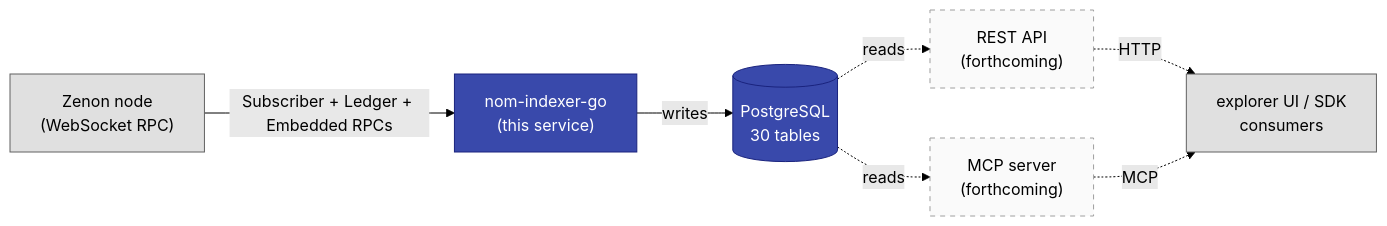
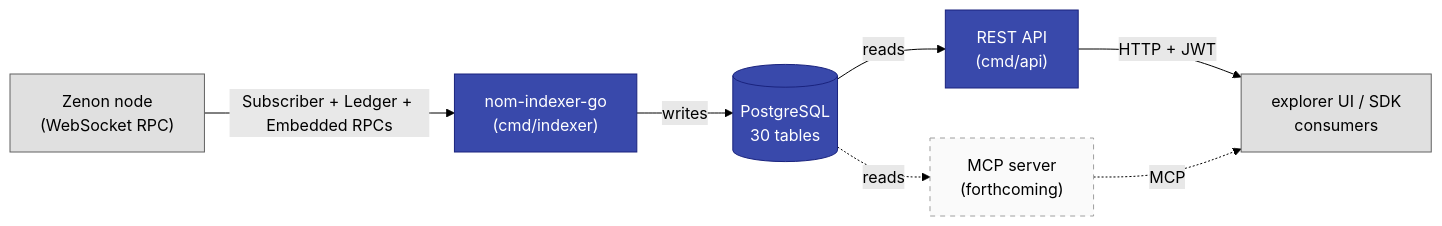
One commit to 0x3639/nom-indexer-go changed the first of 3 diagrams in docs/architecture/overview.md. Above: the diagram before and after it, drawn with Mermaid (forest theme). The commit also changed other lines of this file and 14 other files, not shown here.

````diff
--- a/docs/architecture/overview.md
+++ b/docs/architecture/overview.md
@@ -12,20 +13,20 @@
 ```mermaid
 flowchart LR
     node["Zenon node<br/>(WebSocket RPC)"]:::external
-    idx["nom-indexer-go<br/>(this service)"]:::core
+    idx["nom-indexer-go<br/>(cmd/indexer)"]:::core
     pg[(PostgreSQL<br/>30 tables)]:::core
-    api["REST API<br/>(forthcoming)"]:::future
+    api["REST API<br/>(cmd/api)"]:::core
     mcp["MCP server<br/>(forthcoming)"]:::future
     web["explorer UI / SDK<br/>consumers"]:::external
 
     node -- "Subscriber + Ledger + Embedded RPCs" --> idx
     idx -- "writes" --> pg
-    pg -. "reads" .-> api
+    pg -- "reads" --> api
     pg -. "reads" .-> mcp
-    api -. "HTTP" .-> web
+    api -- "HTTP + JWT" --> web
     mcp -. "MCP" .-> web
 
     classDef core fill:#3949ab,stroke:#1a237e,color:#fff;
     classDef external fill:#e0e0e0,stroke:#616161;
     classDef future stroke-dasharray:5 5,fill:#fafafa,stroke:#9e9e9e;
 ```
````
